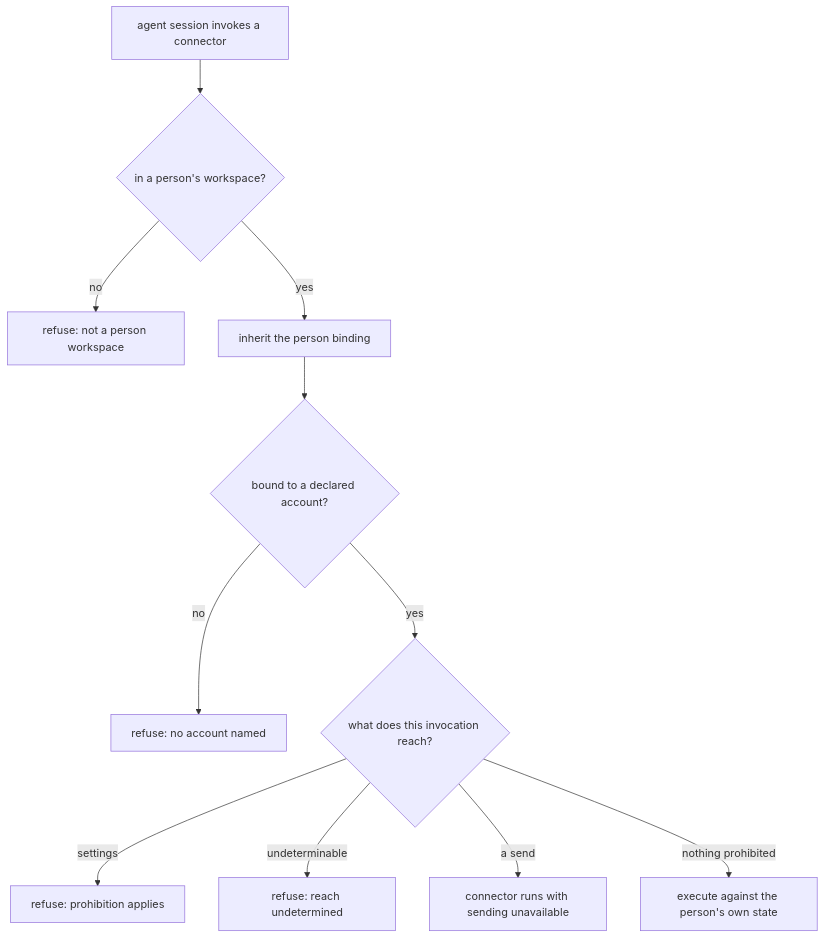
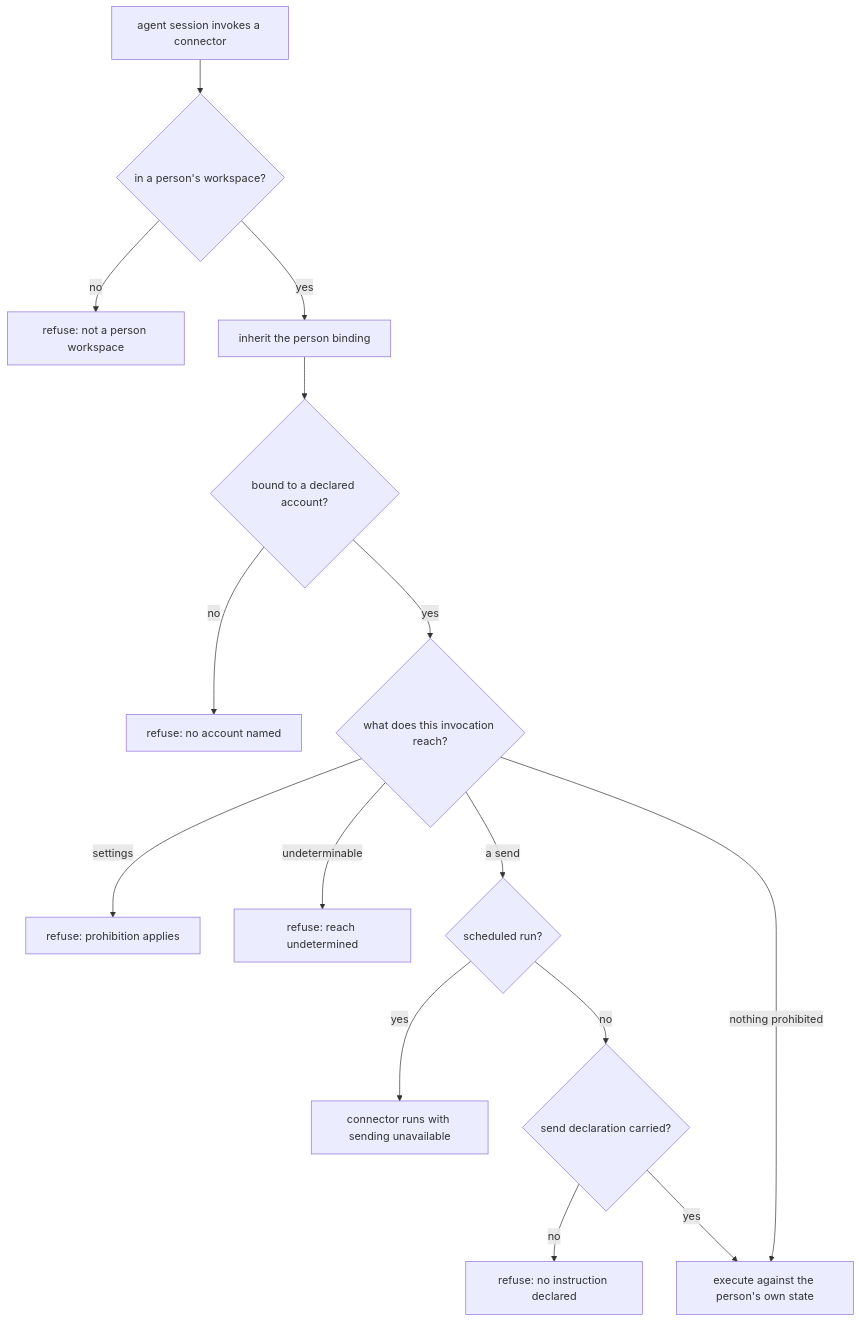
One commit to InstruktAI/TeleClaude changed the diagram in docs/project/design/architecture/assistant-connector-boundary.md. Above: the diagram before and after it, drawn with Mermaid. The commit also changed other lines of this file and 2 other files, not shown here.

First line of the commit message:
docs(architecture,integration,personal): gate sending on the platform's record of a scheduled run, satisfying both halves of the conduct gate

````diff
--- a/docs/project/design/architecture/assistant-connector-boundary.md
+++ b/docs/project/design/architecture/assistant-connector-boundary.md
@@ -159,13 +168,17 @@
 ```mermaid
 flowchart TD
     A[agent session invokes a connector] --> B{in a person's workspace?}
     B -- no --> R0[refuse: not a person workspace]
     B -- yes --> C[inherit the person binding]
     C --> D{bound to a declared account?}
     D -- no --> R1[refuse: no account named]
     D -- yes --> E{what does this invocation reach?}
     E -- settings --> R2[refuse: prohibition applies]
     E -- undeterminable --> R3[refuse: reach undetermined]
-    E -- a send --> R4[connector runs with sending unavailable]
+    E -- a send --> F{scheduled run?}
+    F -- yes --> R4[connector runs with sending unavailable]
+    F -- no --> H{send declaration carried?}
+    H -- no --> R5[refuse: no instruction declared]
+    H -- yes --> G
     E -- nothing prohibited --> G[execute against the person's own state]
 ```
````
